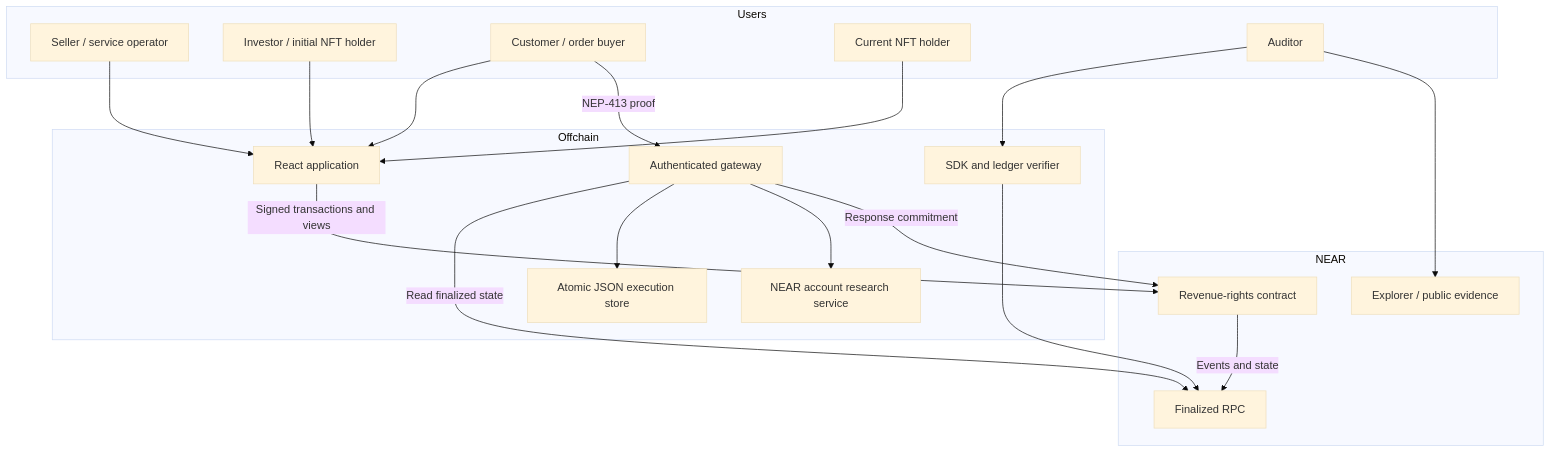
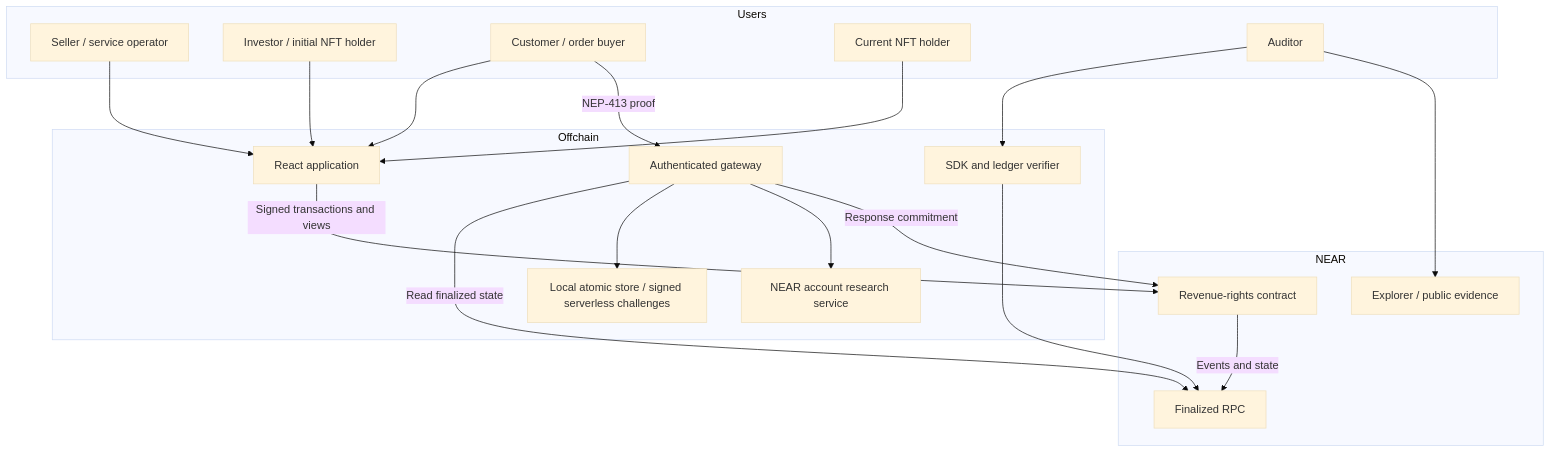
Before and after one commit to karagozemin/FIRST100: the first of 4 diagrams in docs/ARCHITECTURE.md, drawn with Mermaid (base theme). The commit also changed other lines of this file and 25 other files, not shown here.

````diff
--- a/docs/ARCHITECTURE.md
+++ b/docs/ARCHITECTURE.md
@@ -17,39 +17,39 @@
 ```mermaid
 flowchart TB
     subgraph Users
         Seller[Seller / service operator]
         Investor[Investor / initial NFT holder]
         Customer[Customer / order buyer]
         Holder[Current NFT holder]
         Auditor[Auditor]
     end
 
     subgraph Offchain
         App[React application]
         Gateway[Authenticated gateway]
-        Store[Atomic JSON execution store]
+        Store[Local atomic store / signed serverless challenges]
         Service[NEAR account research service]
         SDK[SDK and ledger verifier]
     end
 
     subgraph NEAR
         Contract[Revenue-rights contract]
         RPC[Finalized RPC]
         Explorer[Explorer / public evidence]
     end
 
     Seller --> App
     Investor --> App
     Customer --> App
     Holder --> App
     App -->|Signed transactions and views| Contract
     Customer -->|NEP-413 proof| Gateway
     Gateway -->|Read finalized state| RPC
     Gateway --> Store
     Gateway --> Service
     Gateway -->|Response commitment| Contract
     Contract -->|Events and state| RPC
     Auditor --> SDK
     SDK --> RPC
     Auditor --> Explorer
 ```
````
